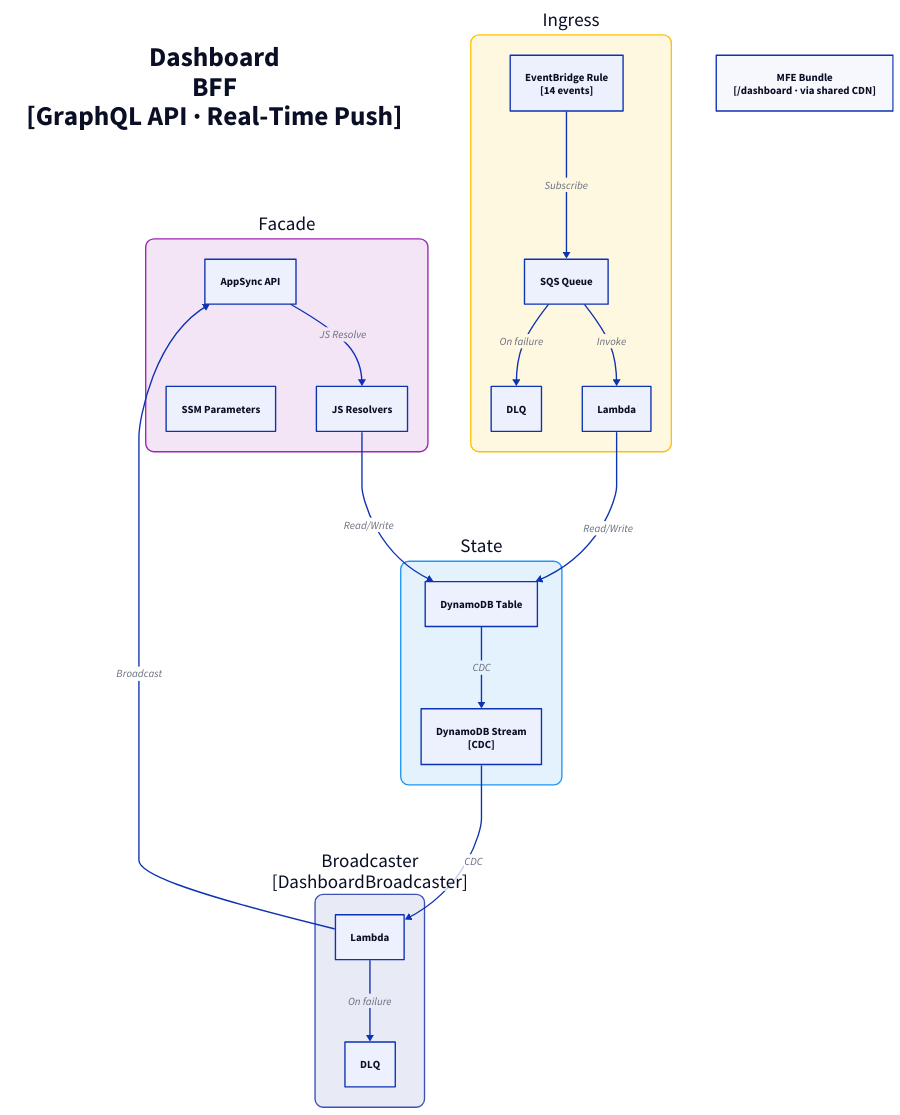
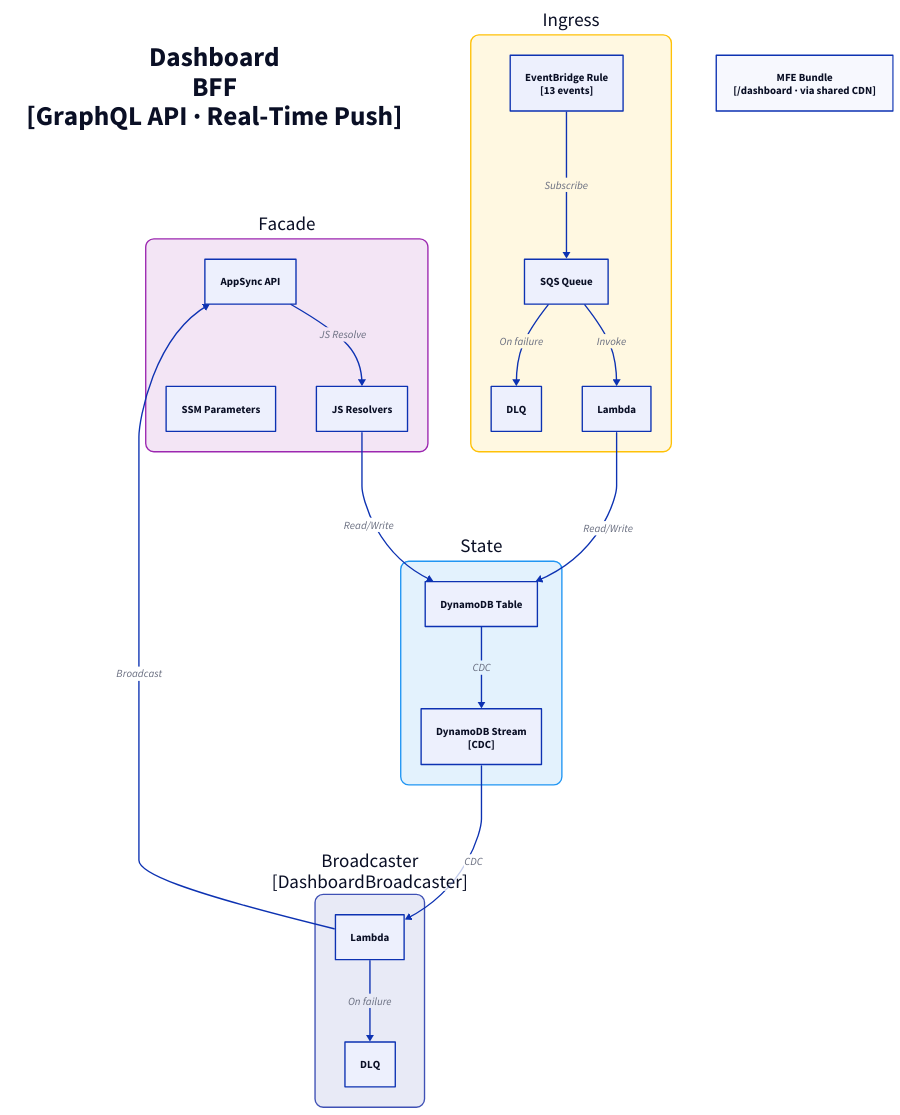
One commit to fabio-vitali/nestfolio changed the diagram in docs/architecture/c3/dashboard-bff.d2. Above: the diagram before and after it, drawn with D2. The commit also changed 6 other files, not shown here.

First line of the commit message:
docs(c4): regenerate diagrams for escalation event changes

```diff
--- a/docs/architecture/c3/dashboard-bff.d2
+++ b/docs/architecture/c3/dashboard-bff.d2
@@ -1,48 +1,48 @@
 direction: down
 
 title: "Dashboard\nBFF\n[GraphQL API · Real-Time Push]" {
   style: { font-size: 40; bold: true; fill: transparent; stroke: transparent }
 }
 
 facade: "Facade" {
   style: { fill: "#F3E5F5"; stroke: "#9C27B0"; border-radius: 12; font-size: 28 }
   appsync: "AppSync API" { class: aws-appsync }
   resolvers: "JS Resolvers" { class: aws-lambda }
   appsync -> resolvers: JS Resolve
   ssm: "SSM Parameters" { class: aws-ssm }
 }
 
 ingress: "Ingress" {
   style: { fill: "#FFF8E1"; stroke: "#FFC107"; border-radius: 12; font-size: 28 }
-  rule: "EventBridge Rule\n[14 events]" { class: aws-eventbridge }
+  rule: "EventBridge Rule\n[13 events]" { class: aws-eventbridge }
   sqs: "SQS Queue" { class: aws-sqs }
   dlq: "DLQ" { class: aws-dlq }
   handler: "Lambda" { class: aws-lambda }
 
   rule -> sqs: Subscribe
   sqs -> handler: Invoke
   sqs -> dlq: On failure
 }
 
 state: "State" {
   style: { fill: "#E3F2FD"; stroke: "#2196F3"; border-radius: 12; font-size: 28 }
   table: "DynamoDB Table" { class: aws-dynamodb }
   stream: "DynamoDB Stream\n[CDC]" { class: aws-ddb-stream }
   table -> stream: CDC
 }
 
 broadcaster: "Broadcaster\n[DashboardBroadcaster]" {
   style: { fill: "#E8EAF6"; stroke: "#3F51B5"; border-radius: 12; font-size: 28 }
   publisher: "Lambda" { class: aws-lambda }
   dlq: "DLQ" { class: aws-dlq }
 
   publisher -> dlq: On failure
 }
 
 mfe-bundle: "MFE Bundle\n[/dashboard · via shared CDN]" { class: aws-s3 }
 
 # Flows
 facade.resolvers -> state.table: Read/Write
 ingress.handler -> state.table: Read/Write
 state.stream -> broadcaster.publisher: CDC
 broadcaster.publisher -> facade.appsync: Broadcast
```
